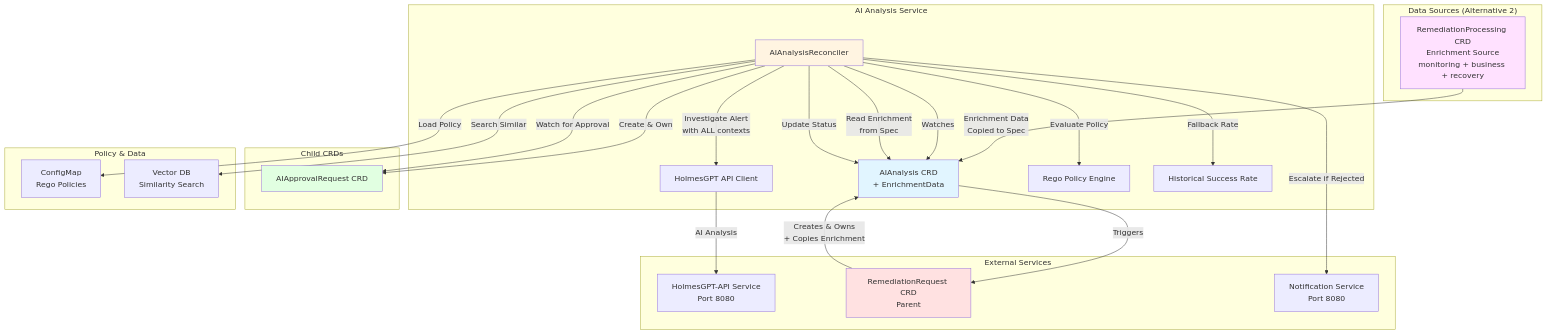
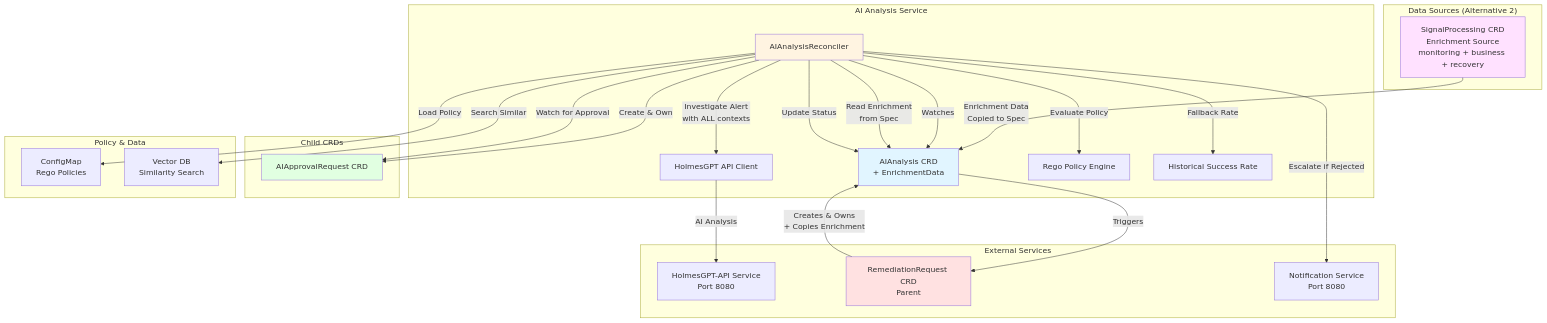
Before and after one commit to jordigilh/kubernaut: the first of 3 diagrams in docs/services/crd-controllers/02-aianalysis/overview.md, drawn with Mermaid. The commit also changed other lines of this file and 142 other files, not shown here.

First line of the commit message:
docs: Complete RemediationProcessing to SignalProcessing rename (DD-SIGNAL-PROCESSING-001)

````diff
--- a/docs/services/crd-controllers/02-aianalysis/overview.md
+++ b/docs/services/crd-controllers/02-aianalysis/overview.md
@@ -36,51 +36,51 @@
 ```mermaid
 graph TB
     subgraph "AI Analysis Service"
         AIA[AIAnalysis CRD<br/>+ EnrichmentData]
         Controller[AIAnalysisReconciler]
         HolmesAPI[HolmesGPT API Client]
         RegoEngine[Rego Policy Engine]
         HistoricalDB[Historical Success Rate]
     end
 
     subgraph "External Services"
         HolmesGPT[HolmesGPT-API Service<br/>Port 8080]
         AR[RemediationRequest CRD<br/>Parent]
         Notification[Notification Service<br/>Port 8080]
     end
 
     subgraph "Data Sources (Alternative 2)"
-        RP[RemediationProcessing CRD<br/>Enrichment Source<br/>monitoring + business + recovery]
+        RP[SignalProcessing CRD<br/>Enrichment Source<br/>monitoring + business + recovery]
     end
 
     subgraph "Child CRDs"
         Approval[AIApprovalRequest CRD]
     end
 
     subgraph "Policy & Data"
         CM[ConfigMap<br/>Rego Policies]
         VectorDB[Vector DB<br/>Similarity Search]
     end
 
     AR -->|Creates & Owns<br/>+ Copies Enrichment| AIA
     RP -->|Enrichment Data<br/>Copied to Spec| AIA
     Controller -->|Watches| AIA
     Controller -->|Read Enrichment<br/>from Spec| AIA
     Controller -->|Investigate Alert<br/>with ALL contexts| HolmesAPI
     HolmesAPI -->|AI Analysis| HolmesGPT
     Controller -->|Load Policy| CM
     Controller -->|Evaluate Policy| RegoEngine
     Controller -->|Search Similar| VectorDB
     Controller -->|Fallback Rate| HistoricalDB
     Controller -->|Create & Own| Approval
     Controller -->|Watch for Approval| Approval
     Controller -->|Escalate if Rejected| Notification
     Controller -->|Update Status| AIA
     AIA -->|Triggers| AR
 
     style AIA fill:#e1f5ff
     style Controller fill:#fff4e1
     style AR fill:#ffe1e1
     style Approval fill:#e1ffe1
     style RP fill:#ffe1ff
 ```
````
